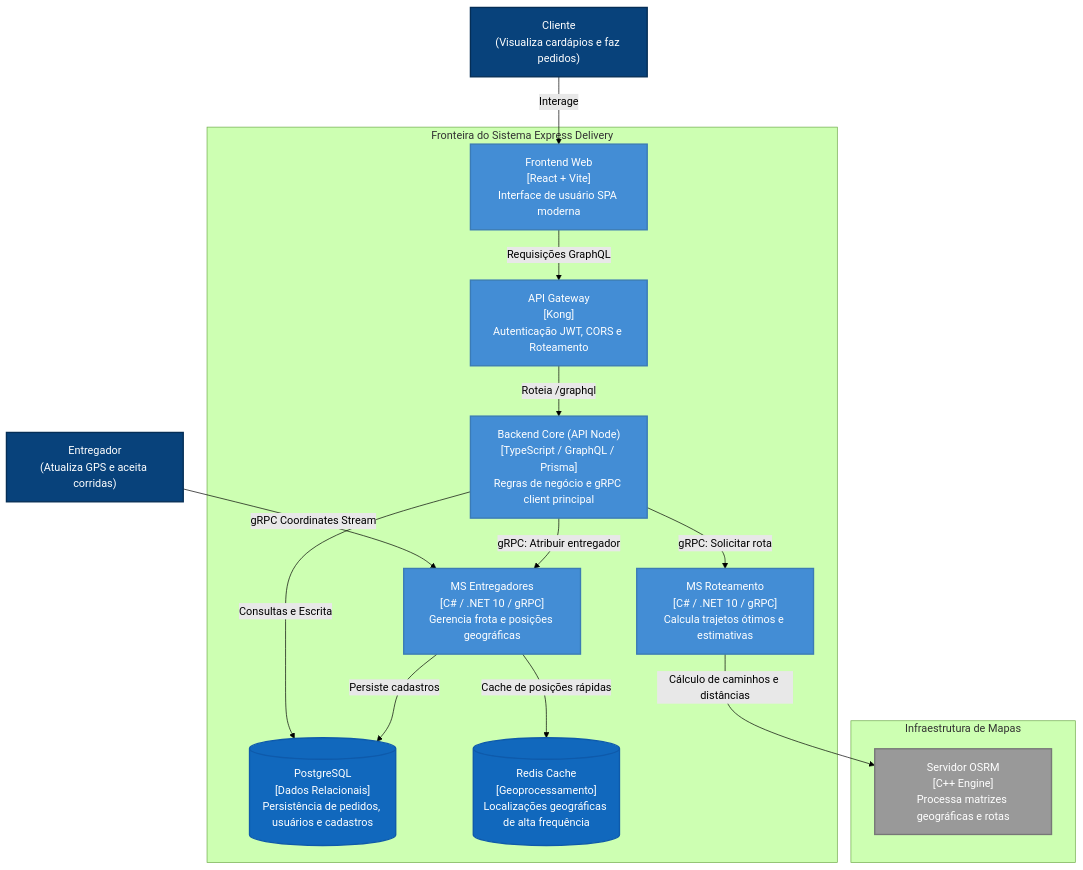
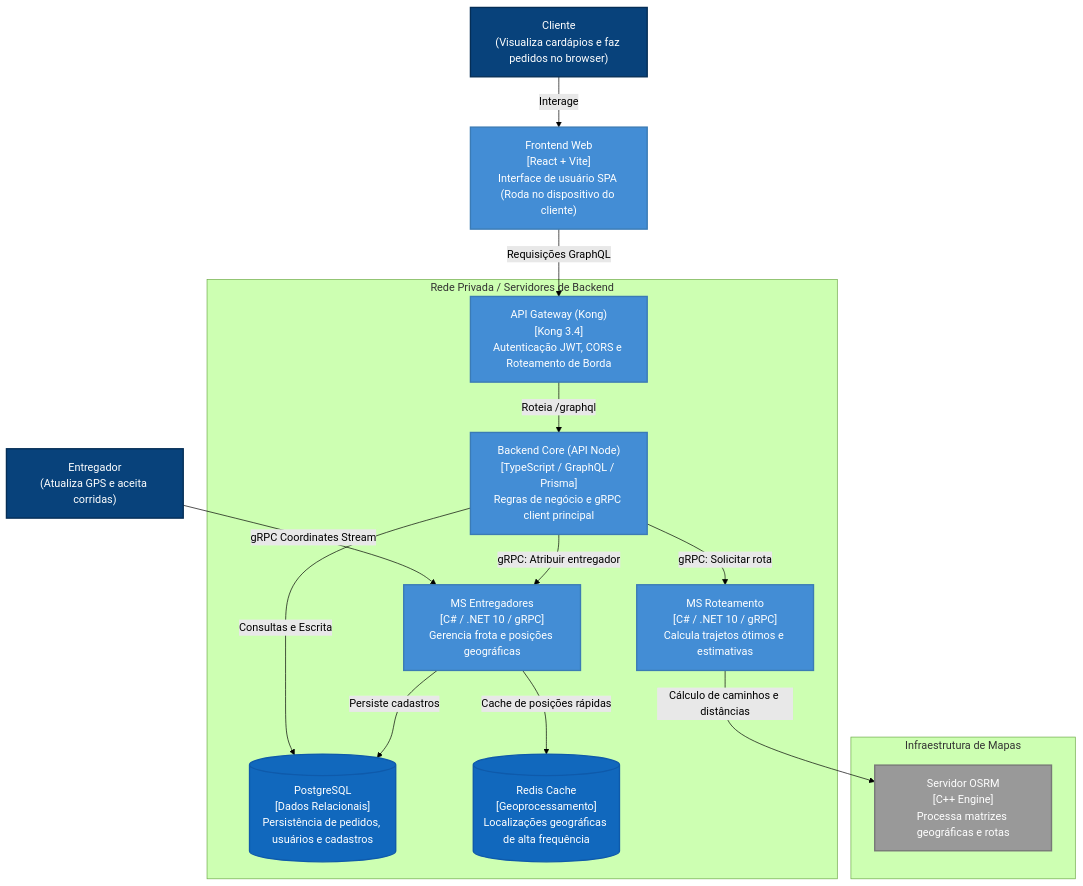
Before and after one commit to arthurair3s/arquitetura-de-software: the second of 3 diagrams in README.md, drawn with Mermaid (forest theme). The commit also changed 1 other file, not shown here.

Commit message:
ajusta diagrama c4 l2 e readme.md

````diff
--- a/README.md
+++ b/README.md
@@ -38,41 +38,42 @@
 ```mermaid
 graph TB
     %% Estilos de Elemento C4
     classDef person fill:#08427b,stroke:#052e56,stroke-width:2px,color:#ffffff;
     classDef container fill:#438dd5,stroke:#3b7bb5,stroke-width:2px,color:#ffffff;
     classDef database fill:#1168bd,stroke:#0e5aab,stroke-width:2px,color:#ffffff;
     classDef ext fill:#999999,stroke:#777777,stroke-width:2px,color:#ffffff;
 
-    cliente["Cliente<br/>(Visualiza cardápios e faz pedidos)"]
+    cliente["Cliente<br/>(Visualiza cardápios e faz pedidos no browser)"]
     entregador["Entregador<br/>(Atualiza GPS e aceita corridas)"]
 
-    subgraph express_delivery ["Fronteira do Sistema Express Delivery"]
-        frontend["Frontend Web<br/>[React + Vite]<br/>Interface de usuário SPA moderna"]
-        gateway["API Gateway<br/>[Kong]<br/>Autenticação JWT, CORS e Roteamento"]
+    frontend["Frontend Web<br/>[React + Vite]<br/>Interface de usuário SPA (Roda no dispositivo do cliente)"]
+
+    subgraph private_backend ["Rede Privada / Servidores de Backend"]
+        gateway["API Gateway (Kong)<br/>[Kong 3.4]<br/>Autenticação JWT, CORS e Roteamento de Borda"]
         api_node["Backend Core (API Node)<br/>[TypeScript / GraphQL / Prisma]<br/>Regras de negócio e gRPC client principal"]
         ms_entregadores["MS Entregadores<br/>[C# / .NET 10 / gRPC]<br/>Gerencia frota e posições geográficas"]
         ms_roteamento["MS Roteamento<br/>[C# / .NET 10 / gRPC]<br/>Calcula trajetos ótimos e estimativas"]
         db_postgres[("PostgreSQL<br/>[Dados Relacionais]<br/>Persistência de pedidos, usuários e cadastros")]
         db_redis[("Redis Cache<br/>[Geoprocessamento]<br/>Localizações geográficas de alta frequência")]
     end
 
     subgraph infra_osrm ["Infraestrutura de Mapas"]
         osrm_server["Servidor OSRM<br/>[C++ Engine]<br/>Processa matrizes geográficas e rotas"]
     end
 
     cliente -->|Interage| frontend
     frontend -->|Requisições GraphQL| gateway
     entregador -->|gRPC Coordinates Stream| ms_entregadores
     gateway -->|Roteia /graphql| api_node
     api_node -->|Consultas e Escrita| db_postgres
     api_node -->|gRPC: Atribuir entregador| ms_entregadores
     api_node -->|gRPC: Solicitar rota| ms_roteamento
     ms_entregadores -->|Persiste cadastros| db_postgres
     ms_entregadores -->|Cache de posições rápidas| db_redis
     ms_roteamento -->|Cálculo de caminhos e distâncias| osrm_server
 
     class cliente,entregador person;
     class frontend,gateway,api_node,ms_entregadores,ms_roteamento container;
     class db_postgres,db_redis database;
     class osrm_server ext;
 ```
````
